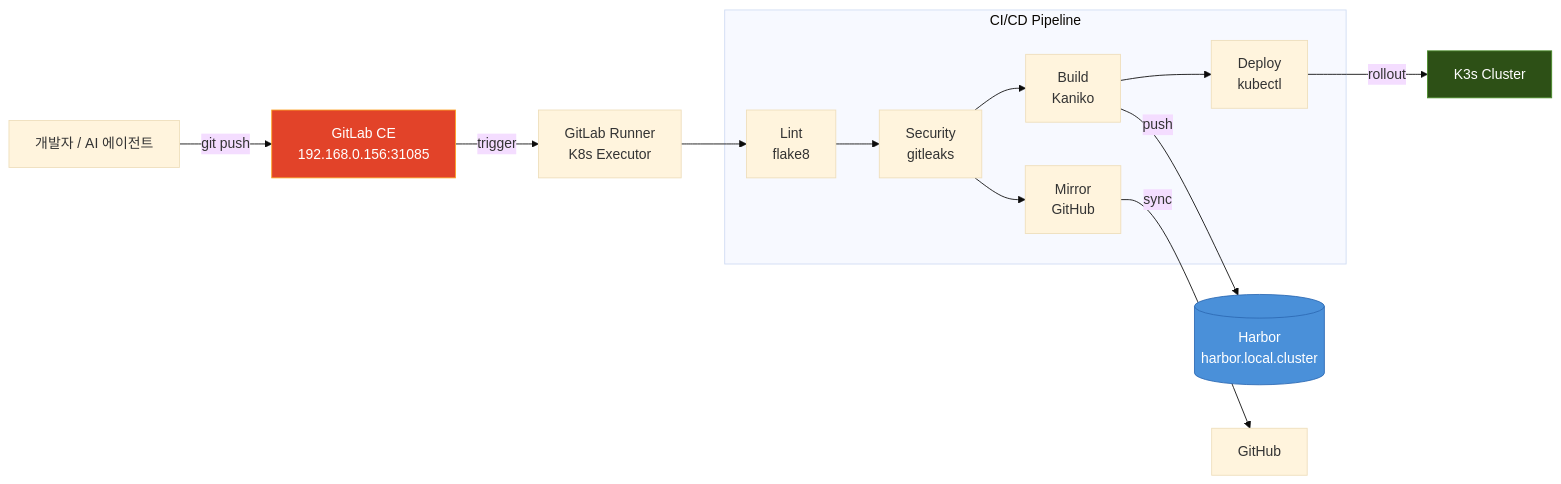
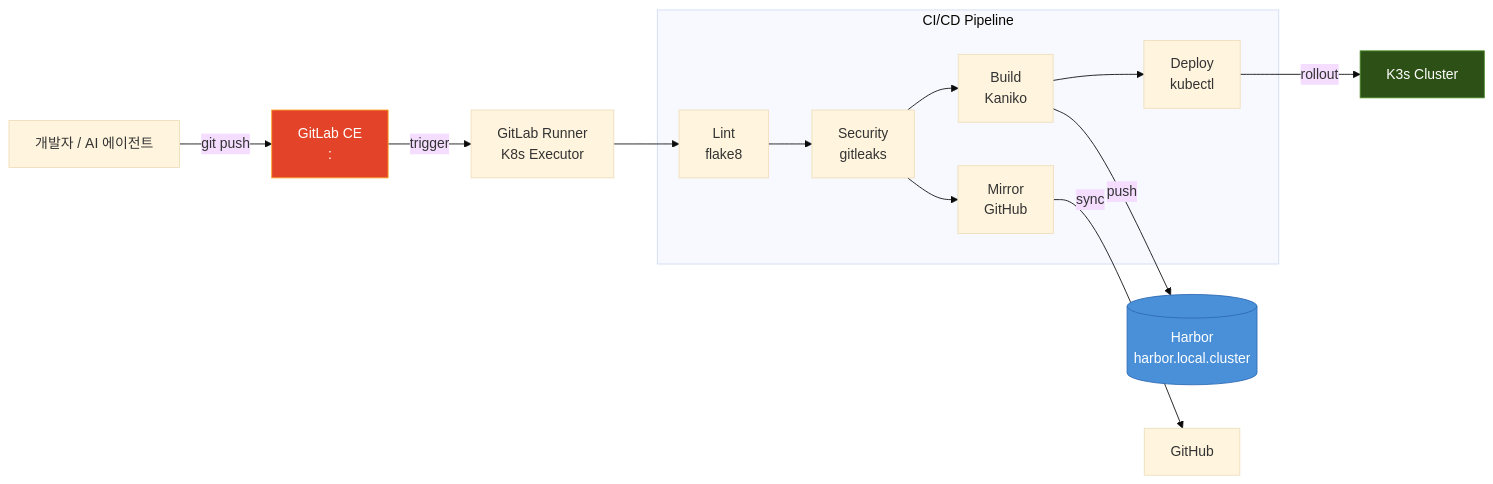
The diagram in _posts/2026-03-31-homelab-cicd-pipeline.md (whguswka/whguswka.github.io), drawn with Mermaid (base theme) before and after one commit. The commit also changed 8 other files, not shown here.

````diff
--- a/_posts/2026-03-31-homelab-cicd-pipeline.md
+++ b/_posts/2026-03-31-homelab-cicd-pipeline.md
@@ -33,26 +33,26 @@
 ```mermaid
 graph LR
-    DEV[개발자 / AI 에이전트] -->|git push| GL[GitLab CE<br/>192.168.0.156:31085]
+    DEV[개발자 / AI 에이전트] -->|git push| GL[GitLab CE<br/><server-ip>:<gitlab-port>]
     GL -->|trigger| GR[GitLab Runner<br/>K8s Executor]
 
     subgraph Pipeline["CI/CD Pipeline"]
         LINT[Lint<br/>flake8]
         SEC[Security<br/>gitleaks]
         BUILD[Build<br/>Kaniko]
         DEPLOY[Deploy<br/>kubectl]
         MIRROR[Mirror<br/>GitHub]
     end
 
     GR --> LINT
     LINT --> SEC
     SEC --> BUILD
     BUILD -->|push| HB[(Harbor<br/>harbor.local.cluster)]
     BUILD --> DEPLOY
     DEPLOY -->|rollout| K3S[K3s Cluster]
     SEC --> MIRROR
     MIRROR -->|sync| GH[GitHub]
 
     style GL fill:#e24329,stroke:#fca326,color:#fff
     style HB fill:#4a90d9,stroke:#2e6bb5,color:#fff
     style K3S fill:#2d5016,stroke:#4a8c2a,color:#fff
 ```
````
